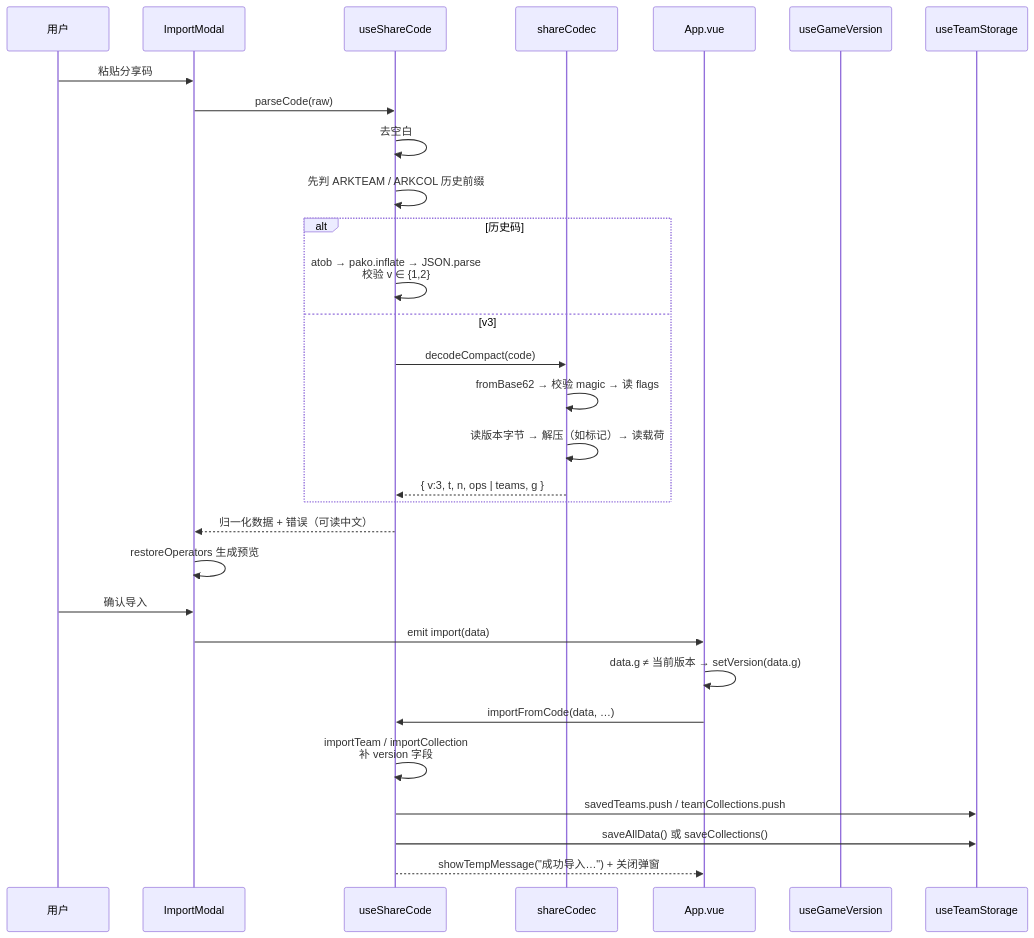
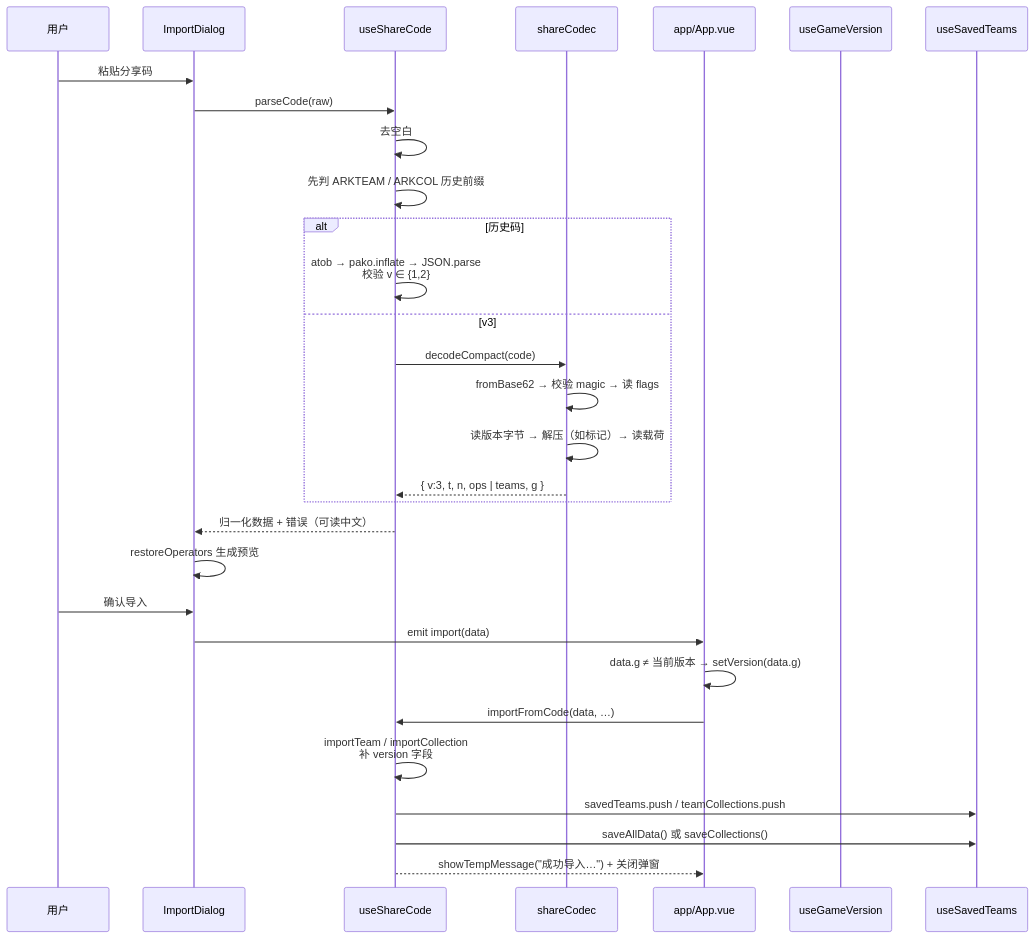
One commit to yeyeye613/Arknights-alliance-tool changed the eighth of 9 diagrams in architecture/data-flow.md. Above: the diagram before and after it, drawn with Mermaid. The commit also changed other lines of this file and 7 other files, not shown here.

````diff
--- a/architecture/data-flow.md
+++ b/architecture/data-flow.md
@@ -235,33 +235,33 @@
 ```mermaid
 sequenceDiagram
   participant U as 用户
-  participant IM as ImportModal
+  participant IM as ImportDialog
   participant SC as useShareCode
   participant CD as shareCodec
-  participant A as App.vue
+  participant A as app/App.vue
   participant GV as useGameVersion
-  participant TS as useTeamStorage
+  participant TS as useSavedTeams
 
   U->>IM: 粘贴分享码
   IM->>SC: parseCode(raw)
   SC->>SC: 去空白
   SC->>SC: 先判 ARKTEAM / ARKCOL 历史前缀
   alt 历史码
     SC->>SC: atob → pako.inflate → JSON.parse<br/>校验 v ∈ {1,2}
   else v3
     SC->>CD: decodeCompact(code)
     CD->>CD: fromBase62 → 校验 magic → 读 flags
     CD->>CD: 读版本字节 → 解压（如标记）→ 读载荷
     CD-->>SC: { v:3, t, n, ops | teams, g }
   end
   SC-->>IM: 归一化数据 + 错误（可读中文）
   IM->>IM: restoreOperators 生成预览
   U->>IM: 确认导入
   IM->>A: emit import(data)
   A->>A: data.g ≠ 当前版本 → setVersion(data.g)
   A->>SC: importFromCode(data, …)
   SC->>SC: importTeam / importCollection<br/>补 version 字段
   SC->>TS: savedTeams.push / teamCollections.push
   SC->>TS: saveAllData() 或 saveCollections()
   SC-->>A: showTempMessage("成功导入…") + 关闭弹窗
 ```
````
